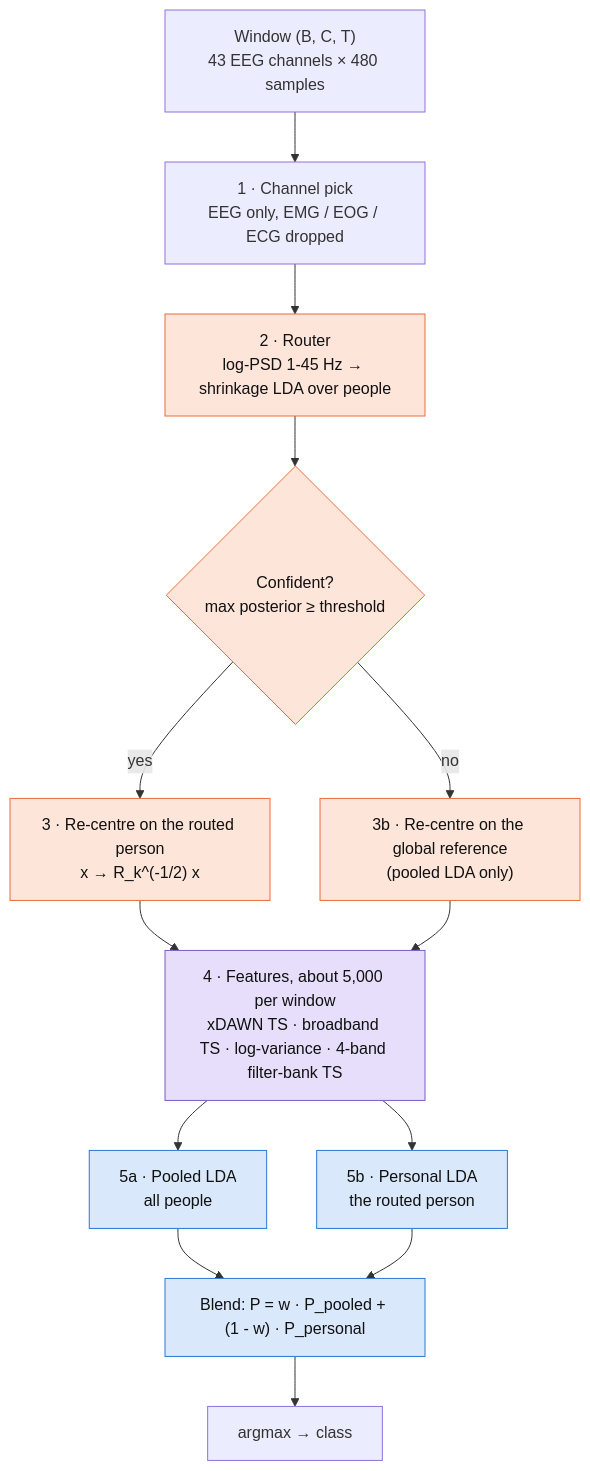
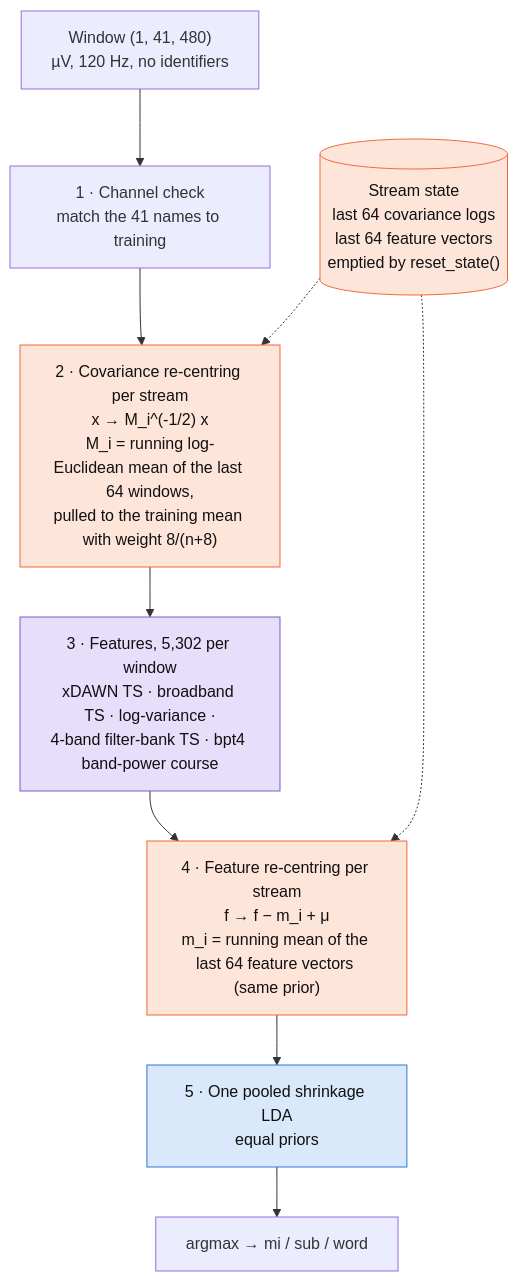
One commit to Ali-Dor-SRI/Step-Type-Prediction---EEG changed the first of 3 diagrams in codabench/MODEL_ARCHITECTURE.md. Above: the diagram before and after it, drawn with Mermaid. The commit also changed other lines of this file and 15 other files, not shown here.

````diff
--- a/codabench/MODEL_ARCHITECTURE.md
+++ b/codabench/MODEL_ARCHITECTURE.md
@@ -186,21 +209,17 @@
 ```mermaid
 flowchart TD
-    A["Window (B, C, T)<br/>43 EEG channels × 480 samples"] --> B["1 · Channel pick<br/>EEG only, EMG / EOG / ECG dropped"]
-    B --> C["2 · Router<br/>log-PSD 1-45 Hz → shrinkage LDA over people"]
-    C --> D{"Confident?<br/>max posterior ≥ threshold"}
-    D -- yes --> E["3 · Re-centre on the routed person<br/>x → R_k^(-1/2) x"]
-    D -- no --> F["3b · Re-centre on the global reference<br/>(pooled LDA only)"]
-    E --> G["4 · Features, about 5,000 per window<br/>xDAWN TS · broadband TS · log-variance · 4-band filter-bank TS"]
-    F --> G
-    G --> H["5a · Pooled LDA<br/>all people"]
-    G --> I["5b · Personal LDA<br/>the routed person"]
-    H --> J["Blend: P = w · P_pooled + (1 - w) · P_personal"]
-    I --> J
-    J --> K["argmax → class"]
+    A["Window (1, 41, 480)<br/>µV, 120 Hz, no identifiers"] --> B["1 · Channel check<br/>match the 41 names to training"]
+    B --> C["2 · Covariance re-centring per stream<br/>x → M_i^(-1/2) x<br/>M_i = running log-Euclidean mean of the last 64 windows,<br/>pulled to the training mean with weight 8/(n+8)"]
+    C --> D["3 · Features, 5,302 per window<br/>xDAWN TS · broadband TS · log-variance ·<br/>4-band filter-bank TS · bpt4 band-power course"]
+    D --> E["4 · Feature re-centring per stream<br/>f → f − m_i + μ<br/>m_i = running mean of the last 64 feature vectors (same prior)"]
+    E --> F["5 · One pooled shrinkage LDA<br/>equal priors"]
+    F --> G["argmax → mi / sub / word"]
+    S[("Stream state<br/>last 64 covariance logs<br/>last 64 feature vectors<br/>emptied by reset_state()")] -.-> C
+    S -.-> E
     classDef adapt fill:#fde5da,stroke:#f06a3c,color:#111
     classDef feat fill:#e6defa,stroke:#7a5cc7,color:#111
     classDef clf fill:#d9e8fb,stroke:#2a78d4,color:#111
-    class C,D,E,F adapt
-    class G feat
-    class H,I,J clf
+    class C,E,S adapt
+    class D feat
+    class F clf
 ```
````
